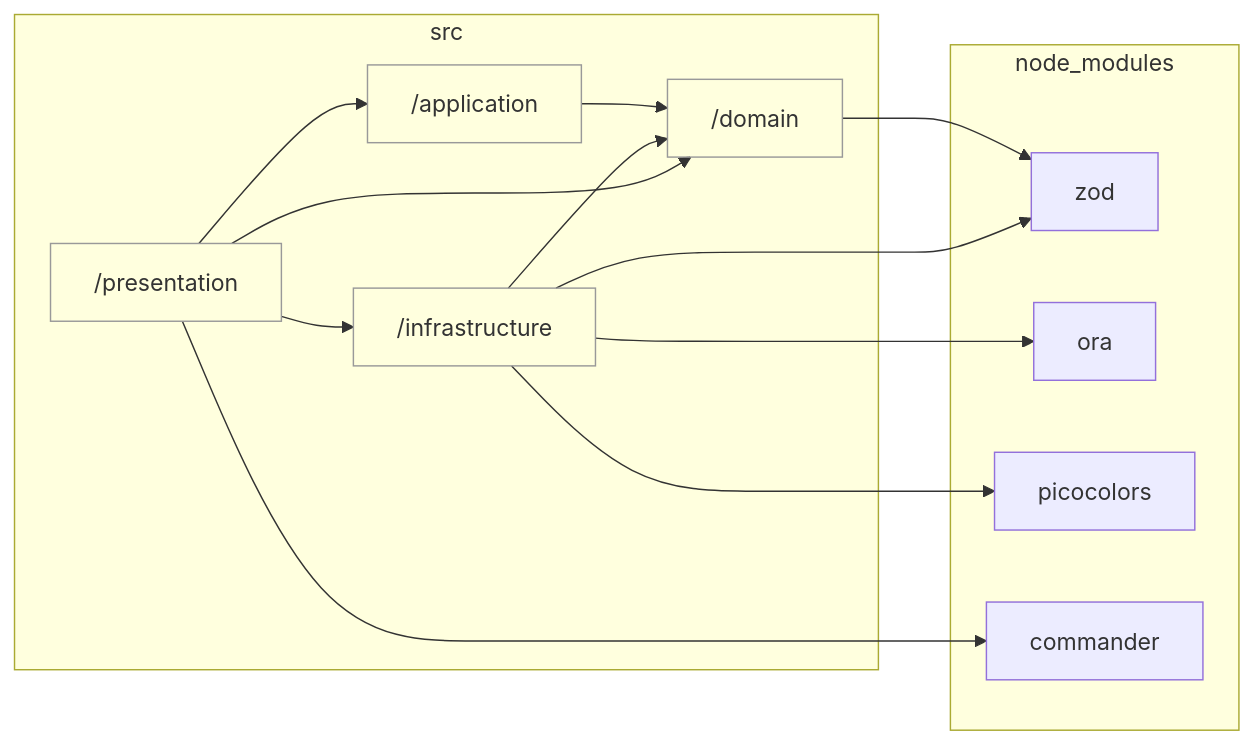
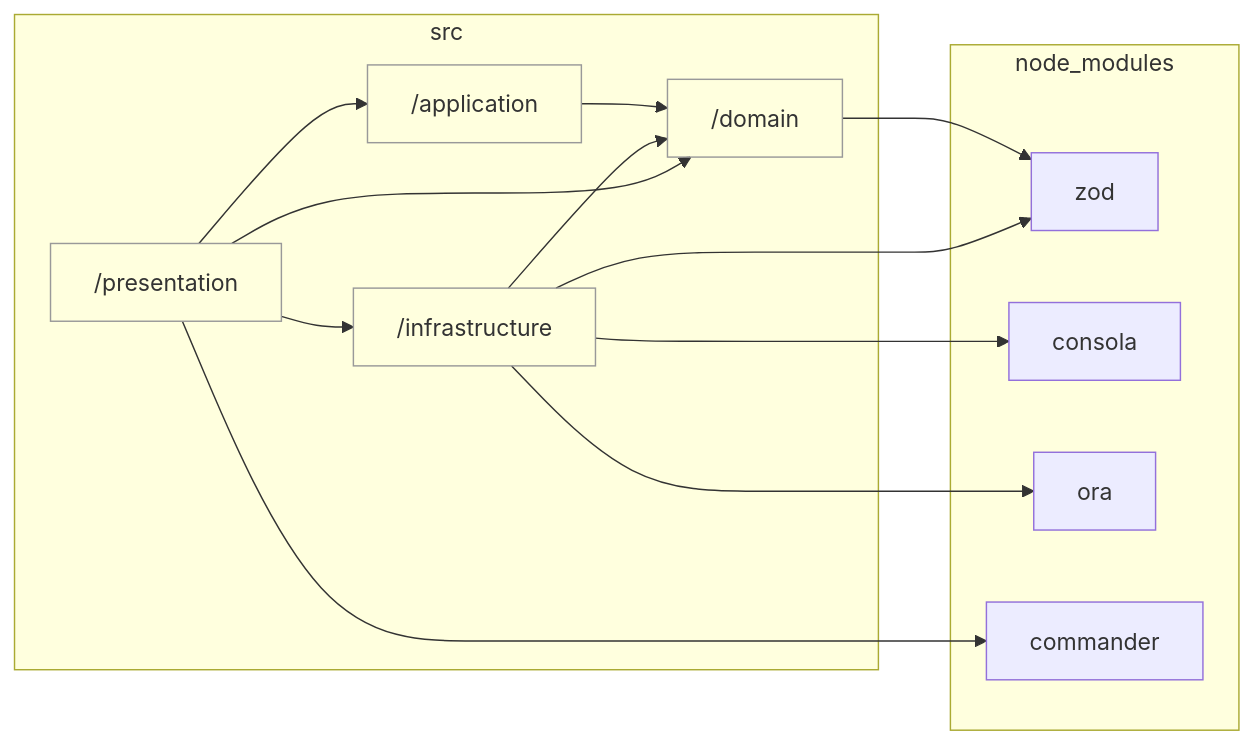
Before and after one commit to sugurutakahashi-1234/ai-chat-md-export: the diagram in docs/reports/dependencies/layers.md, drawn with Mermaid. The commit also changed 27 other files, not shown here.

First line of the commit message:
refactor: replace picocolors with consola and separate logger/spinner concerns

````diff
--- a/docs/reports/dependencies/layers.md
+++ b/docs/reports/dependencies/layers.md
@@ -7,26 +7,26 @@
 ```mermaid
 flowchart LR
     classDef dir fill:#0000,stroke:#999
     subgraph src["src"]
         src/domain["/domain"]:::dir
         src/application["/application"]:::dir
         src/infrastructure["/infrastructure"]:::dir
         src/presentation["/presentation"]:::dir
     end
     subgraph node//modules["node_modules"]
         node//modules/zod/index.d.cts["zod"]
+        node//modules/consola/dist/index.d.cts["consola"]
         node//modules/ora/index.d.ts["ora"]
-        node//modules/picocolors/picocolors.d.ts["picocolors"]
         node//modules/commander/typings/index.d.ts["commander"]
     end
     src/domain-->node//modules/zod/index.d.cts
     src/application-->src/domain
     src/infrastructure-->src/domain
+    src/infrastructure-->node//modules/consola/dist/index.d.cts
+    src/infrastructure-->node//modules/zod/index.d.cts
     src/infrastructure-->node//modules/ora/index.d.ts
-    src/infrastructure-->node//modules/picocolors/picocolors.d.ts
-    src/infrastructure-->node//modules/zod/index.d.cts
     src/presentation-->src/application
     src/presentation-->src/domain
     src/presentation-->src/infrastructure
     src/presentation-->node//modules/commander/typings/index.d.ts
 ```
````
